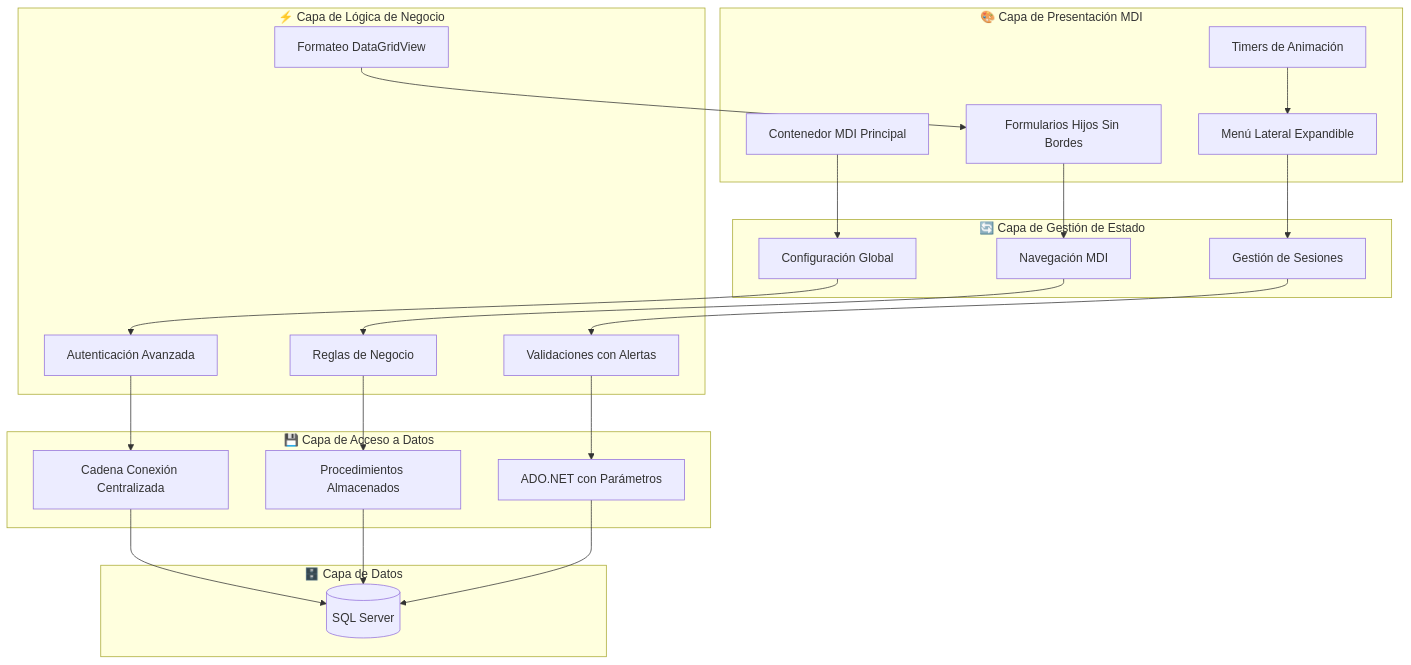
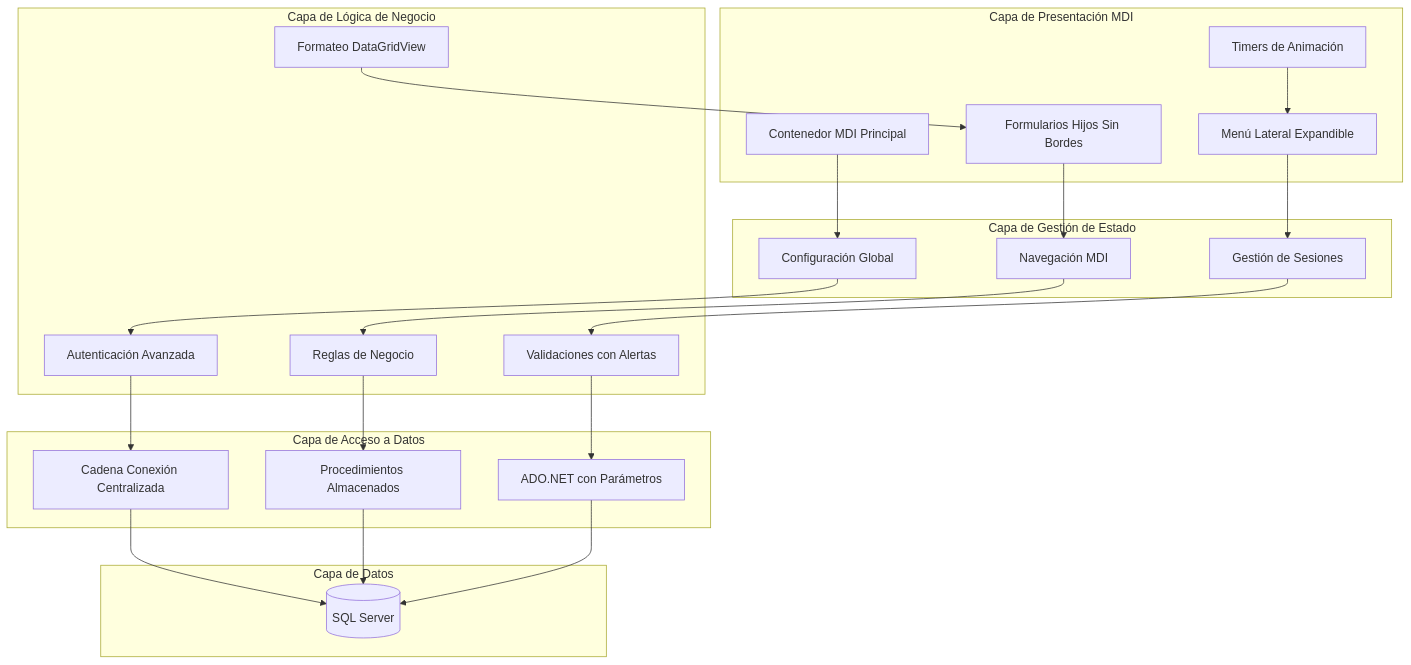
The second of 4 diagrams in content/projects/SistemaBibliotecario.md (J0SE-ESC0BAR/j0se-esc0bar.github.io), drawn with Mermaid before and after one commit. The commit also changed other lines of this file and 125 other files, not shown here.

````diff
--- a/content/projects/SistemaBibliotecario.md
+++ b/content/projects/SistemaBibliotecario.md
@@ -188,49 +188,49 @@
 ```mermaid
 graph TB
-    subgraph "🎨 Capa de Presentación MDI"
+    subgraph "Capa de Presentación MDI"
         MDI[Contenedor MDI Principal]
         MenuLateral[Menú Lateral Expandible]
         Forms[Formularios Hijos Sin Bordes]
         Timers[Timers de Animación]
     end
     
-    subgraph "🔄 Capa de Gestión de Estado"
+    subgraph "Capa de Gestión de Estado"
         ConfigGlobal[Configuración Global]
         SesionUsuario[Gestión de Sesiones]
         NavegacionMDI[Navegación MDI]
     end
     
-    subgraph "⚡ Capa de Lógica de Negocio"
+    subgraph "Capa de Lógica de Negocio"
         Auth[Autenticación Avanzada]
         Validation[Validaciones con Alertas]
         Business[Reglas de Negocio]
         FormateoUI[Formateo DataGridView]
     end
     
-    subgraph "💾 Capa de Acceso a Datos"
+    subgraph "Capa de Acceso a Datos"
         ADO[ADO.NET con Parámetros]
         Stored[Procedimientos Almacenados]
         ConexionGlobal[Cadena Conexión Centralizada]
     end
     
-    subgraph "🗄️ Capa de Datos"
+    subgraph "Capa de Datos"
         SQLServer[(SQL Server)]
     end
     
     MDI --> ConfigGlobal
     MenuLateral --> SesionUsuario
     Forms --> NavegacionMDI
     Timers --> MenuLateral
     
     ConfigGlobal --> Auth
     SesionUsuario --> Validation
     NavegacionMDI --> Business
     FormateoUI --> Forms
     
     Auth --> ConexionGlobal
     Validation --> ADO
     Business --> Stored
     ConexionGlobal --> SQLServer
     ADO --> SQLServer
     Stored --> SQLServer
 ```
````
